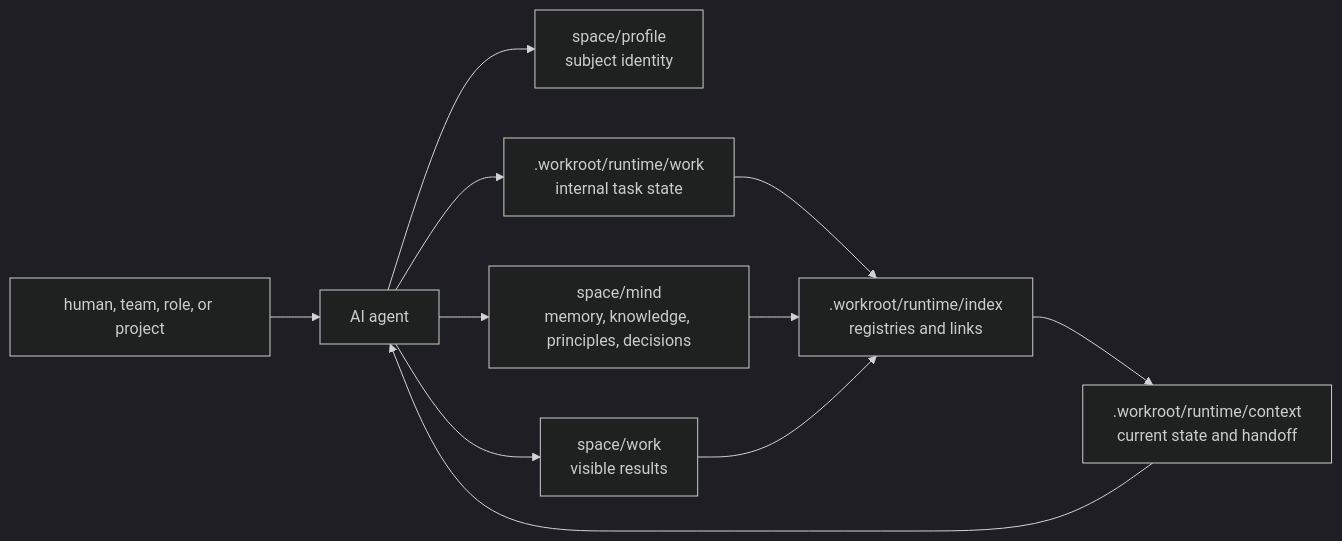
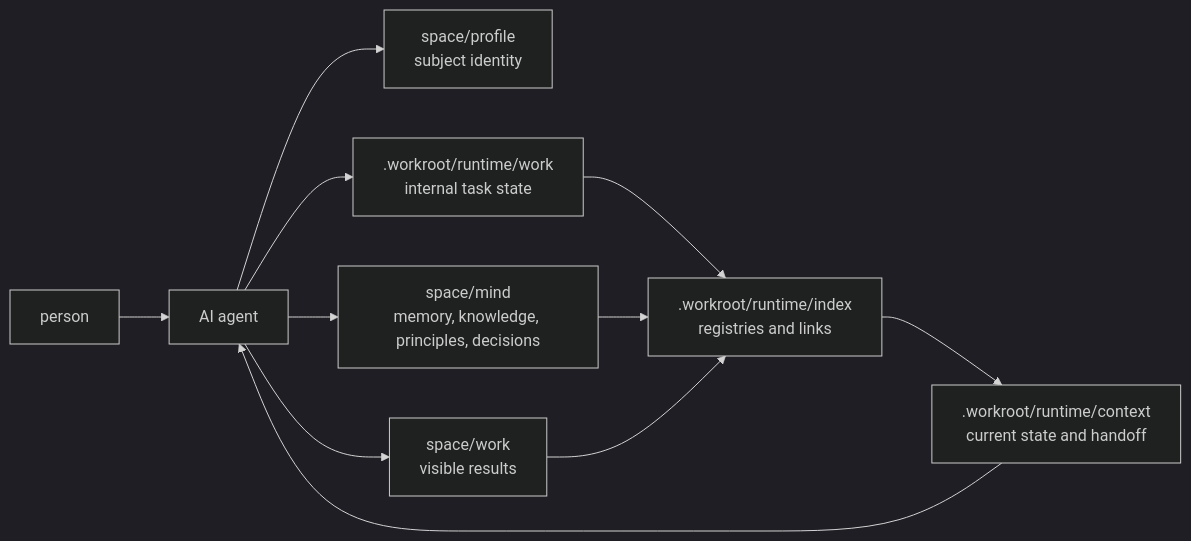
One commit to ai-workroot/ai-workroot changed the first of 5 diagrams in docs/architecture-map.md. Above: the diagram before and after it, drawn with Mermaid (dark theme). The commit also changed other lines of this file and 30 other files, not shown here.

````diff
--- a/docs/architecture-map.md
+++ b/docs/architecture-map.md
@@ -14,13 +14,13 @@
 ```mermaid
 flowchart LR
-  User[human, team, role, or project] --> Agent[AI agent]
+  User[person] --> Agent[AI agent]
   Agent --> Profile[space/profile<br/>subject identity]
   Agent --> Work[space/work<br/>visible results]
   Agent --> RuntimeWork[.workroot/runtime/work<br/>internal task state]
   Agent --> Mind[space/mind<br/>memory, knowledge, principles, decisions]
   RuntimeWork --> Index[.workroot/runtime/index<br/>registries and links]
   Mind --> Index
   Work --> Index
   Index --> Context[.workroot/runtime/context<br/>current state and handoff]
   Context --> Agent
 ```
````
